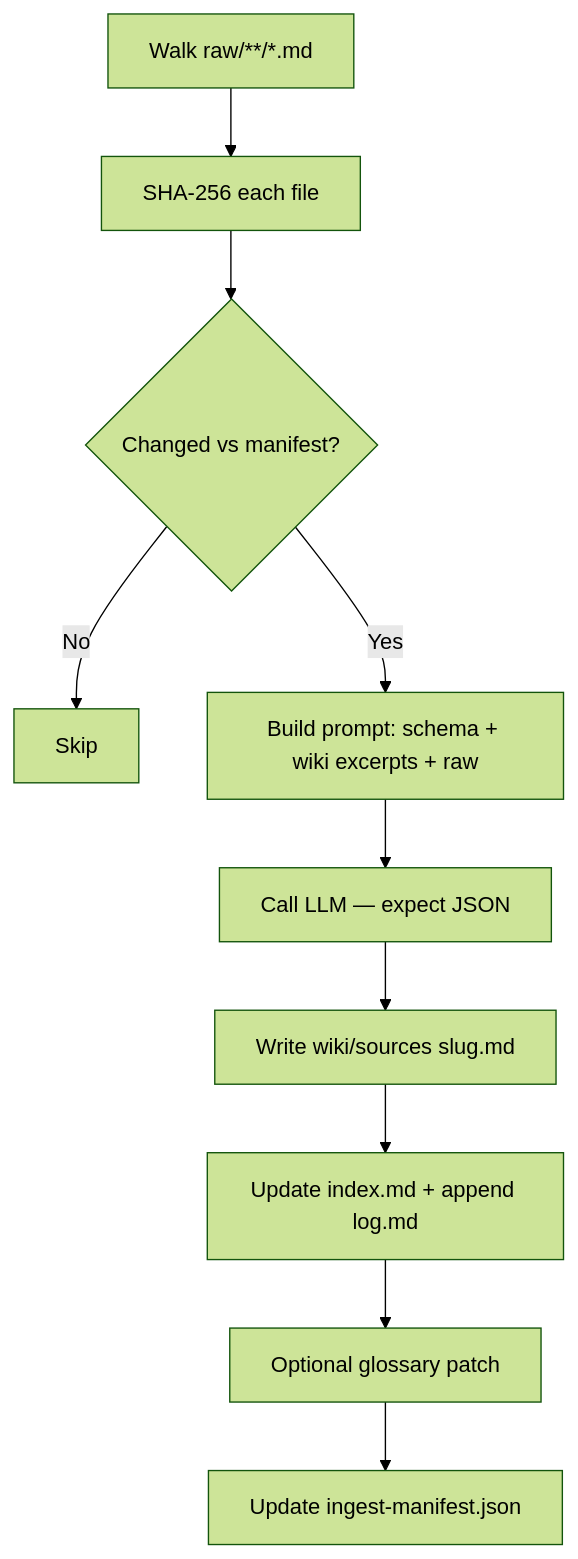
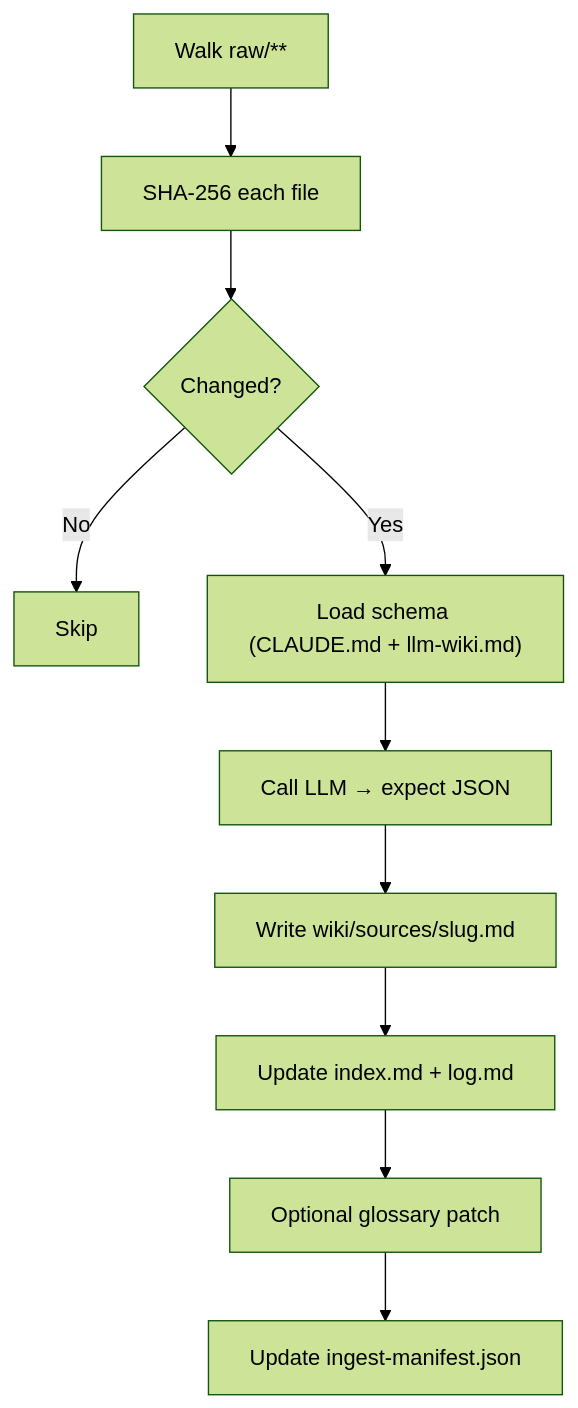
One commit to vampokala/Second-Brain-App-Lite changed the second of 3 diagrams in README.md. Above: the diagram before and after it, drawn with Mermaid (forest theme). The commit also changed other lines of this file, not shown here.

````diff
--- a/README.md
+++ b/README.md
@@ -102,12 +88,12 @@
 ```mermaid
 flowchart TD
-  A[Walk raw/**/*.md] --> B[SHA-256 each file]
-  B --> C{Changed vs manifest?}
+  A["Walk raw/**"] --> B[SHA-256 each file]
+  B --> C{Changed?}
   C -->|No| D[Skip]
-  C -->|Yes| E[Build prompt: schema + wiki excerpts + raw]
-  E --> F[Call LLM — expect JSON]
-  F --> G[Write wiki/sources slug.md]
-  G --> H[Update index.md + append log.md]
+  C -->|Yes| E["Load schema (CLAUDE.md + llm-wiki.md)"]
+  E --> F[Call LLM → expect JSON]
+  F --> G[Write wiki/sources/slug.md]
+  G --> H[Update index.md + log.md]
   H --> I[Optional glossary patch]
   I --> J[Update ingest-manifest.json]
 ```
````
